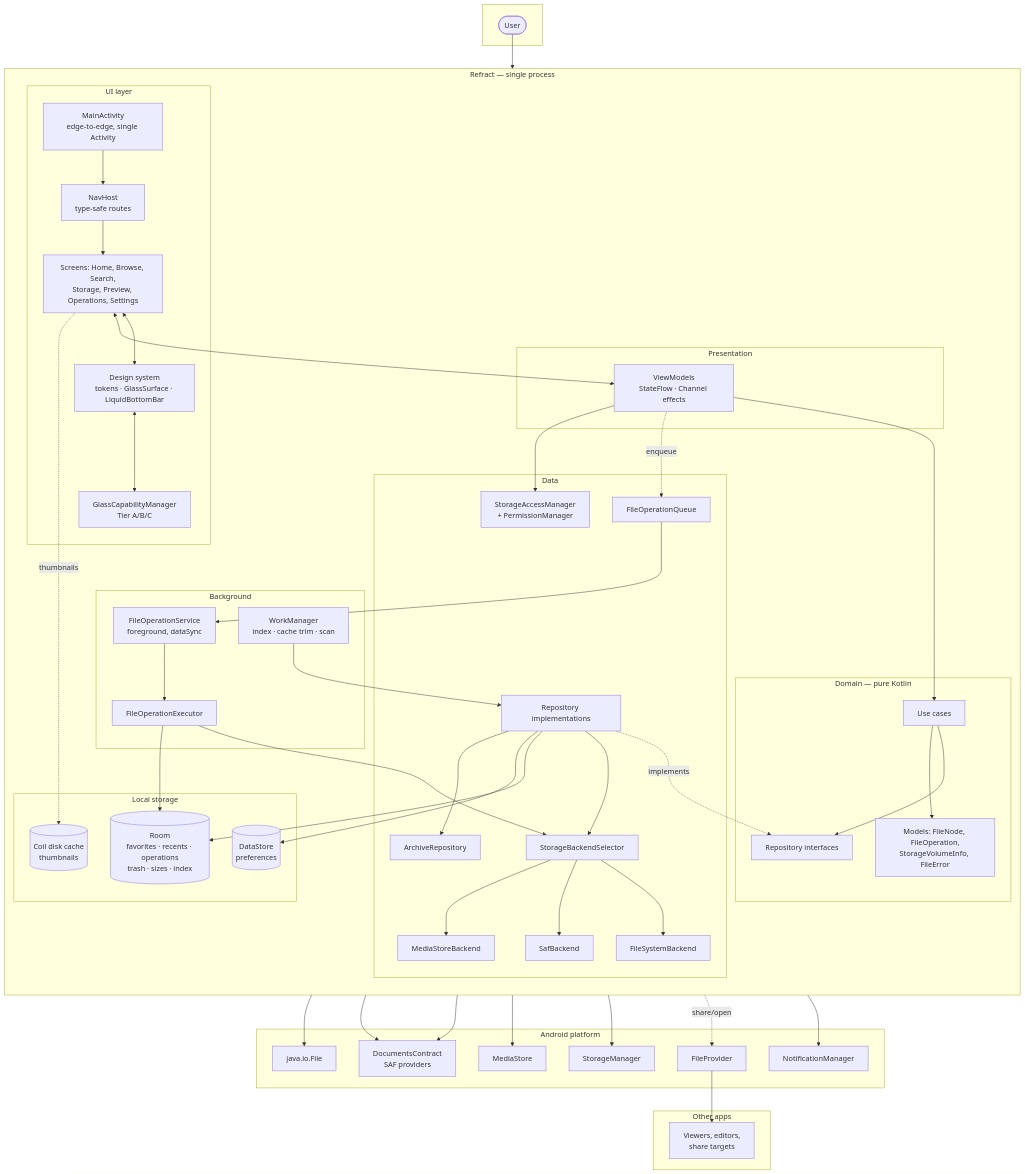
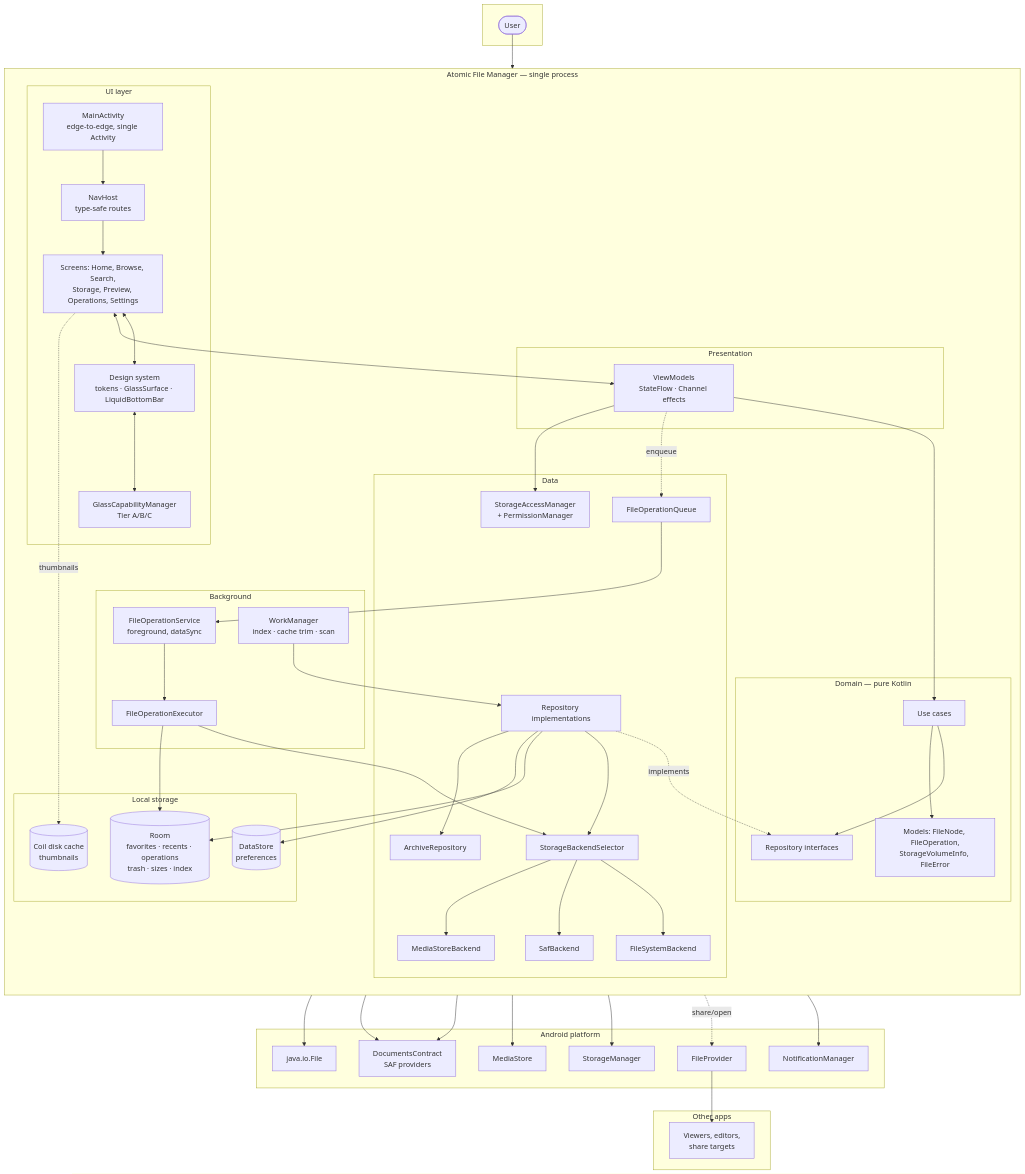
One commit to DevBehindYou/Refract-Full-File-Manager changed the diagram in docs/architecture/system-architecture.md. Above: the diagram before and after it, drawn with Mermaid. The commit also changed 356 other files, not shown here.

```diff
--- a/docs/architecture/system-architecture.md
+++ b/docs/architecture/system-architecture.md
@@ -6,7 +6,7 @@
         U([User])
     end
 
-    subgraph APP["Refract — single process"]
+    subgraph APP["Atomic File Manager — single process"]
         direction TB
         subgraph UIL["UI layer"]
             ACT[MainActivity<br/>edge-to-edge, single Activity]
```
